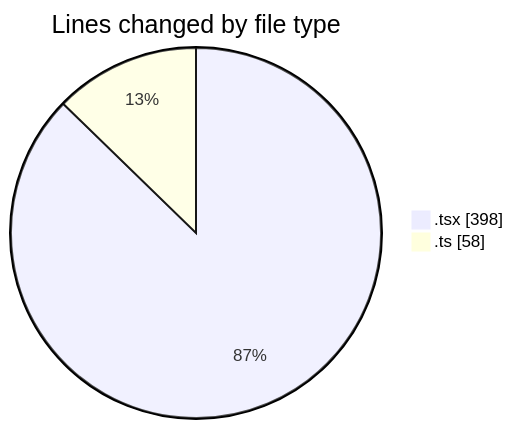
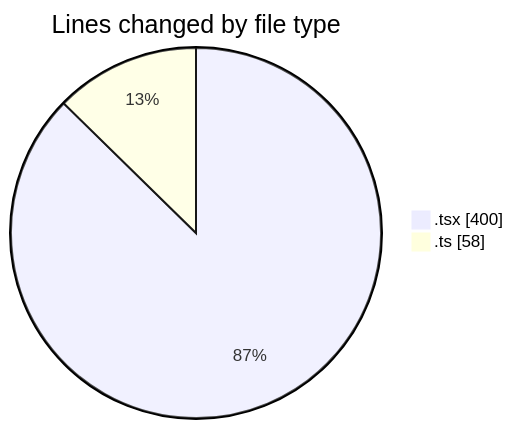
Before and after one commit to nxtqubesakshisongat/code-tracking: the first of 2 diagrams in 2026-04-17/airfeed-analytics-dashboard/README.md, drawn with Mermaid. The commit also changed other lines of this file and 1 other file, not shown here.

````diff
--- a/2026-04-17/airfeed-analytics-dashboard/README.md
+++ b/2026-04-17/airfeed-analytics-dashboard/README.md
@@ -22,6 +22,6 @@
 ```mermaid
 pie showData
 title Lines changed by file type
-".tsx" : 398
+".tsx" : 400
 ".ts" : 58
 ```
````
